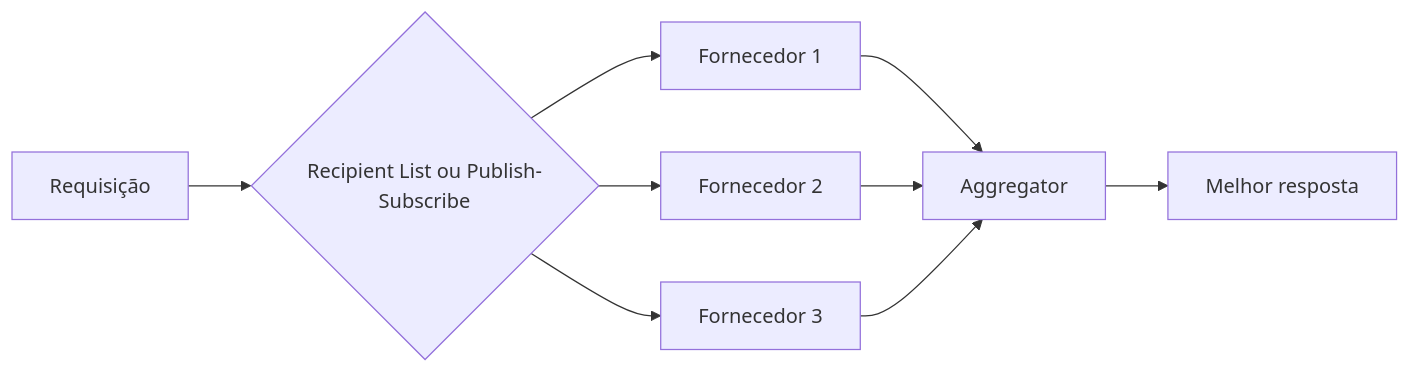
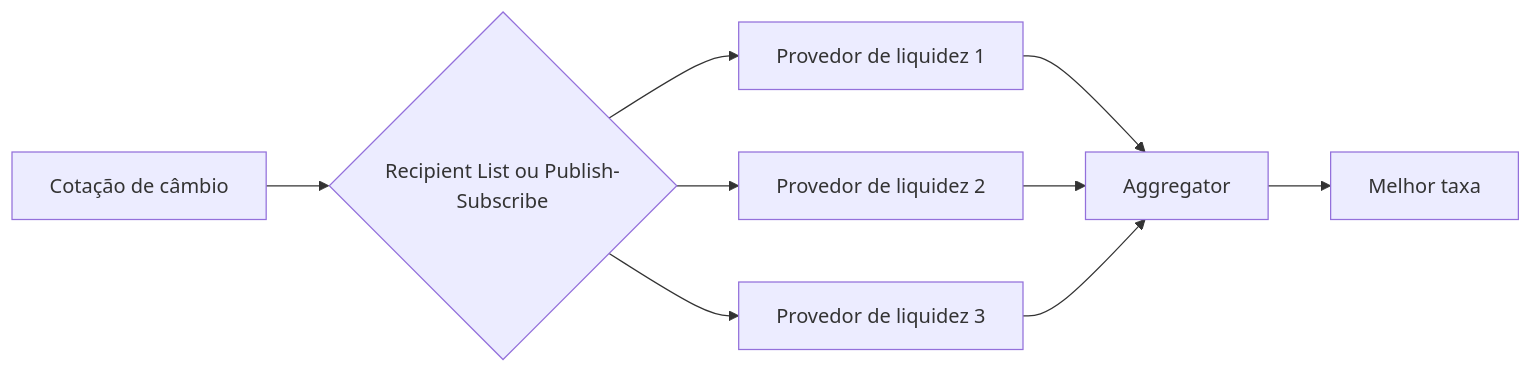
One commit to alancesar/design-patterns changed the diagram in docs/architecture/eip/message-routing/scatter-gather.md. Above: the diagram before and after it, drawn with Mermaid. The commit also changed other lines of this file and 11 other files, not shown here.

Commit message:
Switch eip concrete diagrams to fintech scenarios

````diff
--- a/docs/architecture/eip/message-routing/scatter-gather.md
+++ b/docs/architecture/eip/message-routing/scatter-gather.md
@@ -51,11 +51,11 @@
 ```mermaid
 flowchart LR
-    Q["Requisição"] --> RL{"Recipient List ou Publish-Subscribe"}
-    RL --> F1["Fornecedor 1"]
-    RL --> F2["Fornecedor 2"]
-    RL --> F3["Fornecedor 3"]
+    Q["Cotação de câmbio"] --> RL{"Recipient List ou Publish-Subscribe"}
+    RL --> F1["Provedor de liquidez 1"]
+    RL --> F2["Provedor de liquidez 2"]
+    RL --> F3["Provedor de liquidez 3"]
     F1 --> AG["Aggregator"]
     F2 --> AG
     F3 --> AG
-    AG --> R["Melhor resposta"]
+    AG --> R["Melhor taxa"]
 ```
````
